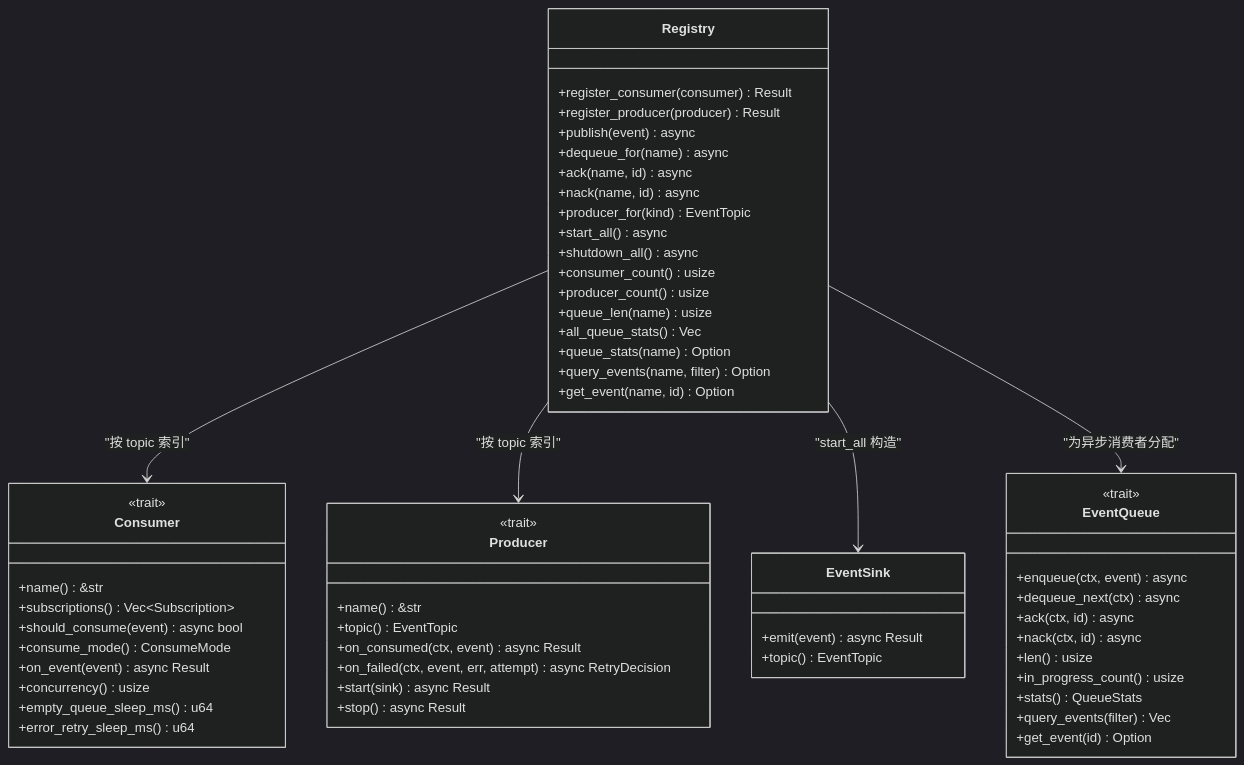
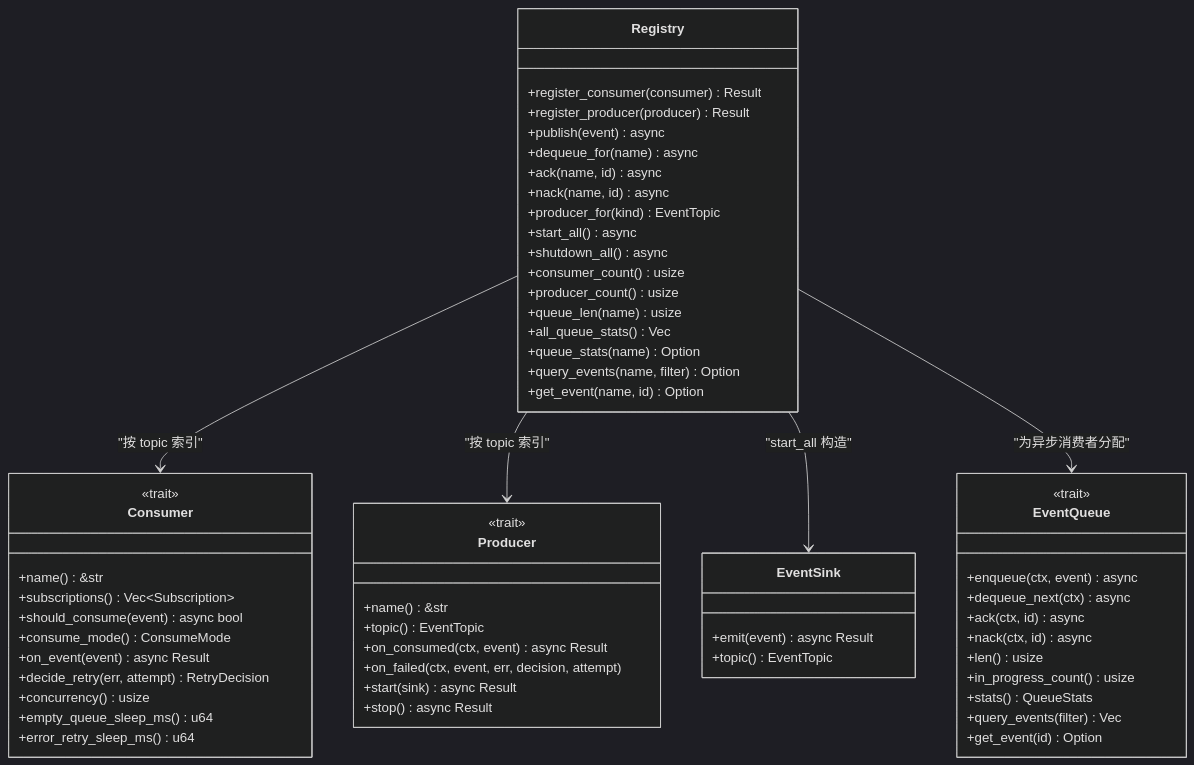
The third of 5 diagrams in docs/wiki/zh/content/基础设施/AOP 事件系统/AOP 核心架构/注册中心与调度器.md (runningcoders/ai_orz), drawn with Mermaid (dark theme) before and after one commit. The commit also changed other lines of this file and 28 other files, not shown here.

````diff
--- a/docs/wiki/zh/content/基础设施/AOP 事件系统/AOP 核心架构/注册中心与调度器.md
+++ b/docs/wiki/zh/content/基础设施/AOP 事件系统/AOP 核心架构/注册中心与调度器.md
@@ -167,61 +167,62 @@
 ```mermaid
 classDiagram
 class Registry {
 +register_consumer(consumer) Result
 +register_producer(producer) Result
 +publish(event) async
 +dequeue_for(name) async
 +ack(name, id) async
 +nack(name, id) async
 +producer_for(kind) EventTopic
 +start_all() async
 +shutdown_all() async
 +consumer_count() usize
 +producer_count() usize
 +queue_len(name) usize
 +all_queue_stats() Vec
 +queue_stats(name) Option
 +query_events(name, filter) Option
 +get_event(name, id) Option
 }
 class Consumer {
 <<trait>>
 +name() &str
 +subscriptions() Vec~Subscription~
 +should_consume(event) async bool
 +consume_mode() ConsumeMode
 +on_event(event) async Result
++decide_retry(err, attempt) RetryDecision
 +concurrency() usize
 +empty_queue_sleep_ms() u64
 +error_retry_sleep_ms() u64
 }
 class Producer {
 <<trait>>
 +name() &str
 +topic() EventTopic
 +on_consumed(ctx, event) async Result
-+on_failed(ctx, event, err, attempt) async RetryDecision
++on_failed(ctx, event, err, decision, attempt)
 +start(sink) async Result
 +stop() async Result
 }
 class EventSink {
 +emit(event) async Result
 +topic() EventTopic
 }
 class EventQueue {
 <<trait>>
 +enqueue(ctx, event) async
 +dequeue_next(ctx) async
 +ack(ctx, id) async
 +nack(ctx, id) async
 +len() usize
 +in_progress_count() usize
 +stats() QueueStats
 +query_events(filter) Vec
 +get_event(id) Option
 }
 Registry --> Consumer : "按 topic 索引"
 Registry --> Producer : "按 topic 索引"
 Registry --> EventSink : "start_all 构造"
 Registry --> EventQueue : "为异步消费者分配"
 ```
````
